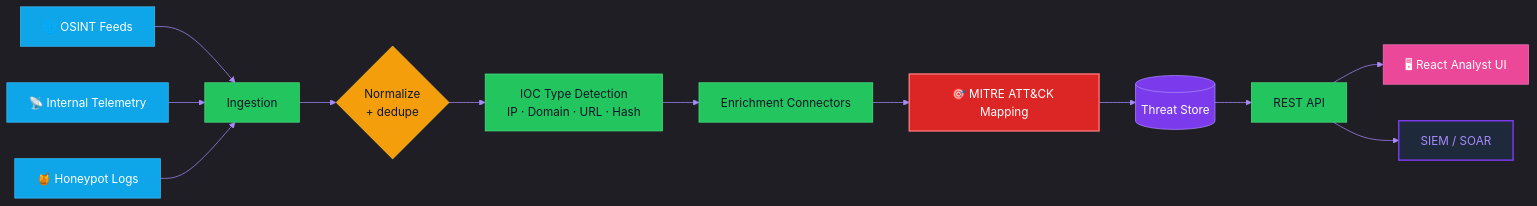
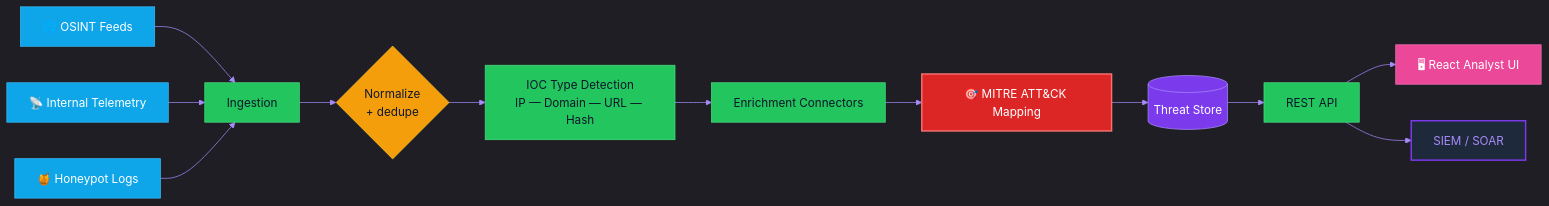
Before and after one commit to lloredia/lloredia: the second of 8 diagrams in README.md, drawn with Mermaid. The commit also changed other lines of this file, not shown here.

First line of the commit message:
Fix mermaid diagrams + add diagrams to remaining 3 projects

````diff
--- a/README.md
+++ b/README.md
@@ -388,22 +387,22 @@
 ```mermaid
 %%{init: {'theme':'dark','themeVariables':{'primaryColor':'#1E293B','primaryTextColor':'#E2E8F0','primaryBorderColor':'#7C3AED','lineColor':'#A78BFA','fontFamily':'Fira Code'}}}%%
 flowchart LR
-    F1[🌐 OSINT Feeds]:::feed --> ING[Ingestion]:::core
-    F2[📡 Internal Telemetry]:::feed --> ING
-    F3[🍯 Honeypot Logs]:::feed --> ING
-    ING --> NORM{Normalize<br/>+ dedupe}:::logic
-    NORM --> DET[IOC Type Detection<br/>IP · Domain · URL · Hash]:::core
-    DET --> ENR[Enrichment Connectors]:::core
-    ENR --> ATTCK[🎯 MITRE ATT&CK Mapping]:::attack
-    ATTCK --> DB[(Threat Store)]:::data
-    DB --> API[REST API]:::core
-    API --> UI[🖥 React Analyst UI]:::ui
-    API --> SOC[SIEM / SOAR]:::soc
+    F1["🌐 OSINT Feeds"]:::feed --> ING["Ingestion"]:::core
+    F2["📡 Internal Telemetry"]:::feed --> ING
+    F3["🍯 Honeypot Logs"]:::feed --> ING
+    ING --> NORM{"Normalize<br/>+ dedupe"}:::logic
+    NORM --> DET["IOC Type Detection<br/>IP — Domain — URL — Hash"]:::core
+    DET --> ENR["Enrichment Connectors"]:::core
+    ENR --> ATTCK["🎯 MITRE ATT&amp;CK Mapping"]:::attack
+    ATTCK --> DB[("Threat Store")]:::data
+    DB --> API["REST API"]:::core
+    API --> UI["🖥 React Analyst UI"]:::ui
+    API --> SOC["SIEM / SOAR"]:::soc
     classDef feed fill:#0EA5E9,stroke:#38BDF8,color:#fff
     classDef core fill:#22C55E,stroke:#4ADE80,color:#0F172A
     classDef logic fill:#F59E0B,stroke:#FBBF24,color:#0F172A
     classDef data fill:#7C3AED,stroke:#A78BFA,color:#fff
     classDef attack fill:#DC2626,stroke:#F87171,color:#fff,stroke-width:2px
     classDef ui fill:#EC4899,stroke:#F472B6,color:#fff
     classDef soc fill:#1E293B,stroke:#7C3AED,color:#A78BFA,stroke-width:2px
 ```
````
